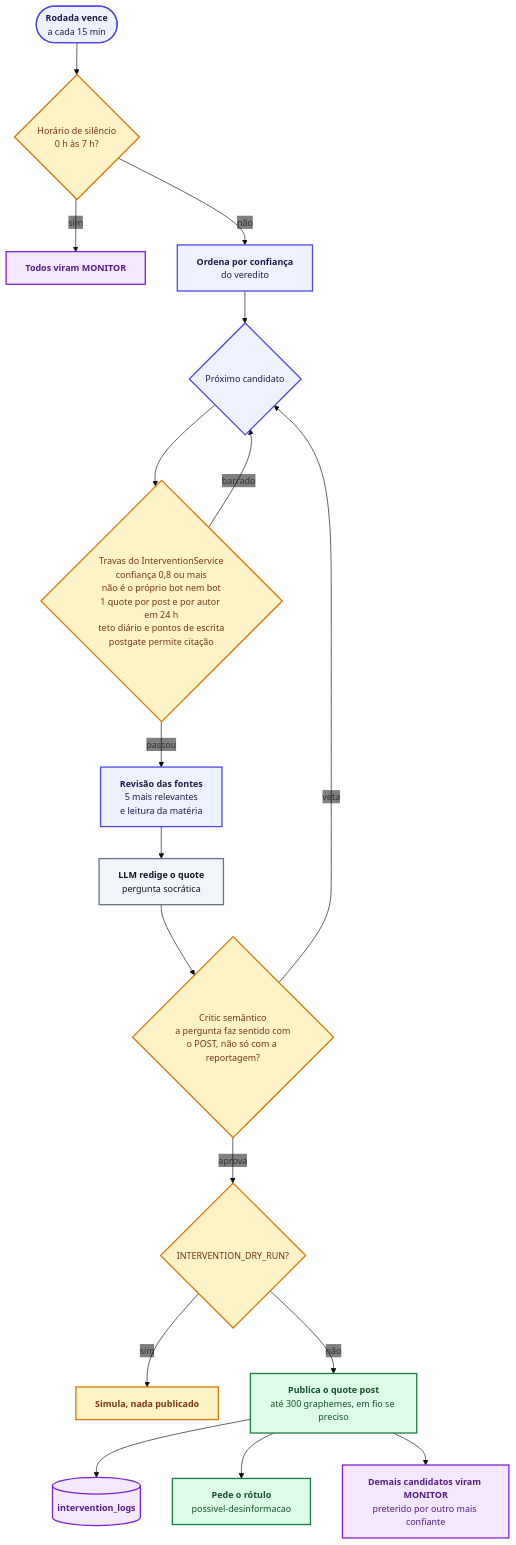
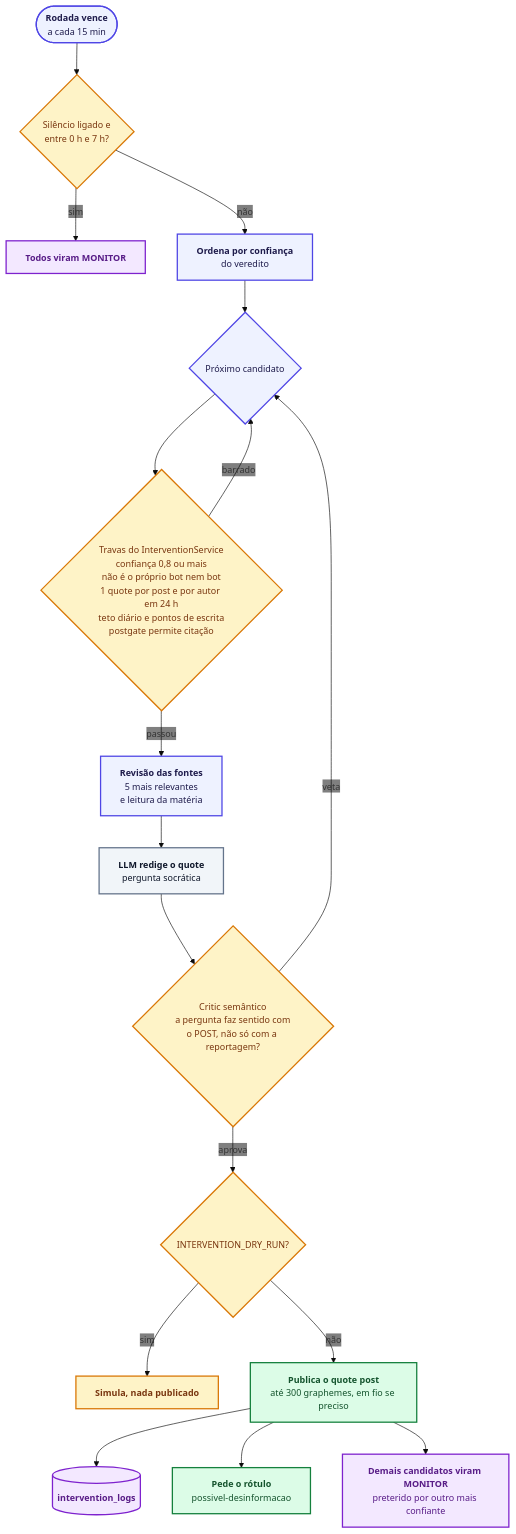
One commit to moonshinerd/ContrarIA changed the seventh of 11 diagrams in docs/arquitetura/mapa-do-sistema.md. Above: the diagram before and after it, drawn with Mermaid. The commit also changed other lines of this file and 14 other files, not shown here.

````diff
--- a/docs/arquitetura/mapa-do-sistema.md
+++ b/docs/arquitetura/mapa-do-sistema.md
@@ -393,26 +393,26 @@
 ```mermaid
 %%{init: {'theme': 'base', 'themeVariables': { 'fontSize': '14px', 'fontFamily': 'inherit', 'clusterBkg': 'transparent', 'clusterBorder': '#64748B', 'edgeLabelBackground': 'transparent' }}}%%
 flowchart TD
     classDef ext fill:#F1F5F9,stroke:#64748B,stroke-width:2px,color:#0F172A
     classDef core fill:#EEF2FF,stroke:#4F46E5,stroke-width:2px,color:#1E1B4B
     classDef store fill:#F3E8FF,stroke:#7E22CE,stroke-width:2px,color:#581C87
     classDef guard fill:#FEF3C7,stroke:#D97706,stroke-width:2px,color:#78350F
     classDef out fill:#DCFCE7,stroke:#15803D,stroke-width:2px,color:#14532D
 
-    R(["<span style='color:#1E1B4B'><b>Rodada vence</b><br/>a cada 15 min</span>"]):::core --> QH{"<span style='color:#78350F'>Horário de silêncio<br/>0 h às 7 h?</span>"}:::guard
+    R(["<span style='color:#1E1B4B'><b>Rodada vence</b><br/>a cada 15 min</span>"]):::core --> QH{"<span style='color:#78350F'>Silêncio ligado e<br/>entre 0 h e 7 h?</span>"}:::guard
     QH -- "sim" --> M0["<span style='color:#581C87'><b>Todos viram MONITOR</b></span>"]:::store
     QH -- "não" --> SORT["<span style='color:#1E1B4B'><b>Ordena por confiança</b><br/>do veredito</span>"]:::core
     SORT --> NEXT{"<span style='color:#1E1B4B'>Próximo candidato</span>"}:::core
     NEXT --> T1{"<span style='color:#78350F'>Travas do InterventionService<br/>confiança 0,8 ou mais<br/>não é o próprio bot nem bot<br/>1 quote por post e por autor em 24 h<br/>teto diário e pontos de escrita<br/>postgate permite citação</span>"}:::guard
     T1 -- "barrado" --> NEXT
     T1 -- "passou" --> SRC["<span style='color:#1E1B4B'><b>Revisão das fontes</b><br/>5 mais relevantes<br/>e leitura da matéria</span>"]:::core
     SRC --> LLM["<span style='color:#0F172A'><b>LLM redige o quote</b><br/>pergunta socrática</span>"]:::ext
     LLM --> CRIT{"<span style='color:#78350F'>Critic semântico<br/>a pergunta faz sentido com<br/>o POST, não só com a reportagem?</span>"}:::guard
     CRIT -- "veta" --> NEXT
     CRIT -- "aprova" --> DRY{"<span style='color:#78350F'>INTERVENTION_DRY_RUN?</span>"}:::guard
     DRY -- "sim" --> SIM["<span style='color:#78350F'><b>Simula, nada publicado</b></span>"]:::guard
     DRY -- "não" --> PUB["<span style='color:#14532D'><b>Publica o quote post</b><br/>até 300 graphemes, em fio se preciso</span>"]:::out
     PUB --> IL[("<span style='color:#581C87'><b>intervention_logs</b></span>")]:::store
     PUB --> LAB["<span style='color:#14532D'><b>Pede o rótulo</b><br/>possivel-desinformacao</span>"]:::out
     PUB --> REST["<span style='color:#581C87'><b>Demais candidatos viram MONITOR</b><br/>preterido por outro mais confiante</span>"]:::store
 ```
````
